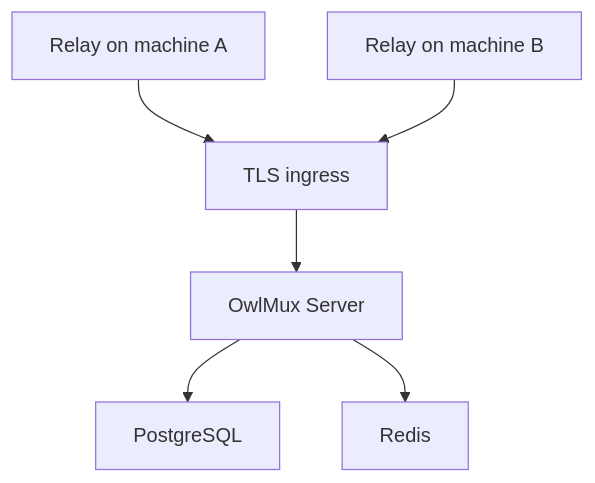
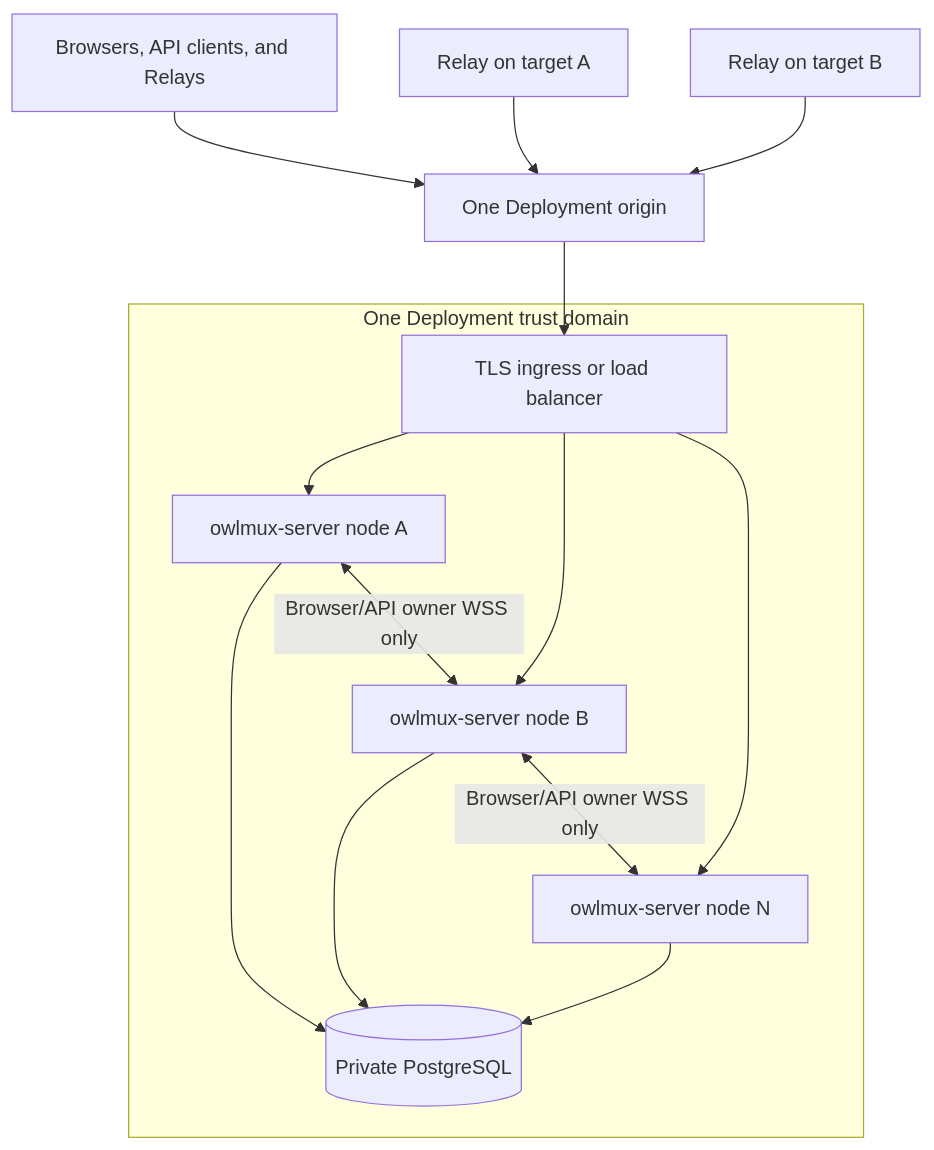
Before and after one commit to Wh1isper/cloud-ssh: the diagram in docs/guide/deployment.md, drawn with Mermaid. The commit also changed other lines of this file and 36 other files, not shown here.

Commit message:
Simplify OwlMux target architecture

````diff
--- a/docs/guide/deployment.md
+++ b/docs/guide/deployment.md
@@ -39,8 +36,19 @@
 ```mermaid
 flowchart TB
-    ingress["TLS ingress"] --> server["OwlMux Server"]
-    server --> postgres["PostgreSQL"]
-    server --> redis["Redis"]
-    relay1["Relay on machine A"] --> ingress
-    relay2["Relay on machine B"] --> ingress
+    clients["Browsers, API clients, and Relays"] --> origin["One Deployment origin"]
+    origin --> ingress["TLS ingress or load balancer"]
+
+    subgraph deployment["One Deployment trust domain"]
+        ingress --> nodeA["owlmux-server node A"]
+        ingress --> nodeB["owlmux-server node B"]
+        ingress --> nodeN["owlmux-server node N"]
+        nodeA --> postgres[("Private PostgreSQL")]
+        nodeB --> postgres
+        nodeN --> postgres
+        nodeA <-->|"Browser/API owner WSS only"| nodeB
+        nodeB <-->|"Browser/API owner WSS only"| nodeN
+    end
+
+    relayA["Relay on target A"] --> origin
+    relayB["Relay on target B"] --> origin
 ```
````
